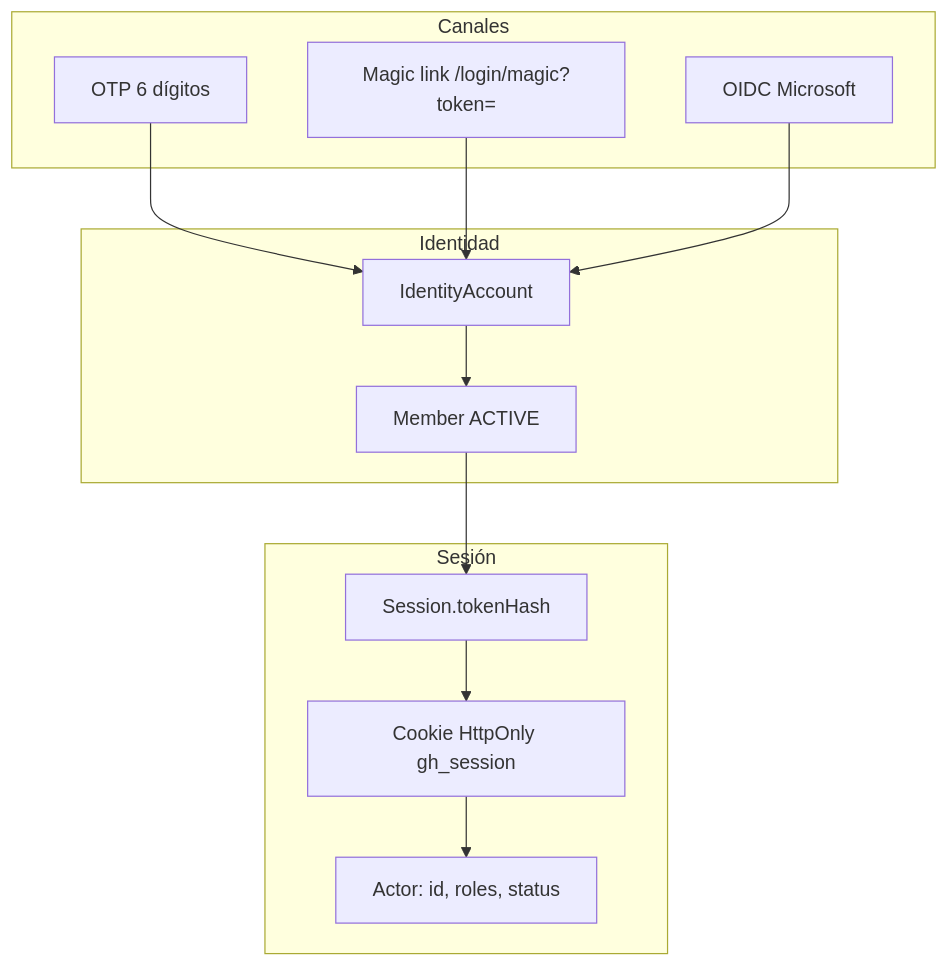
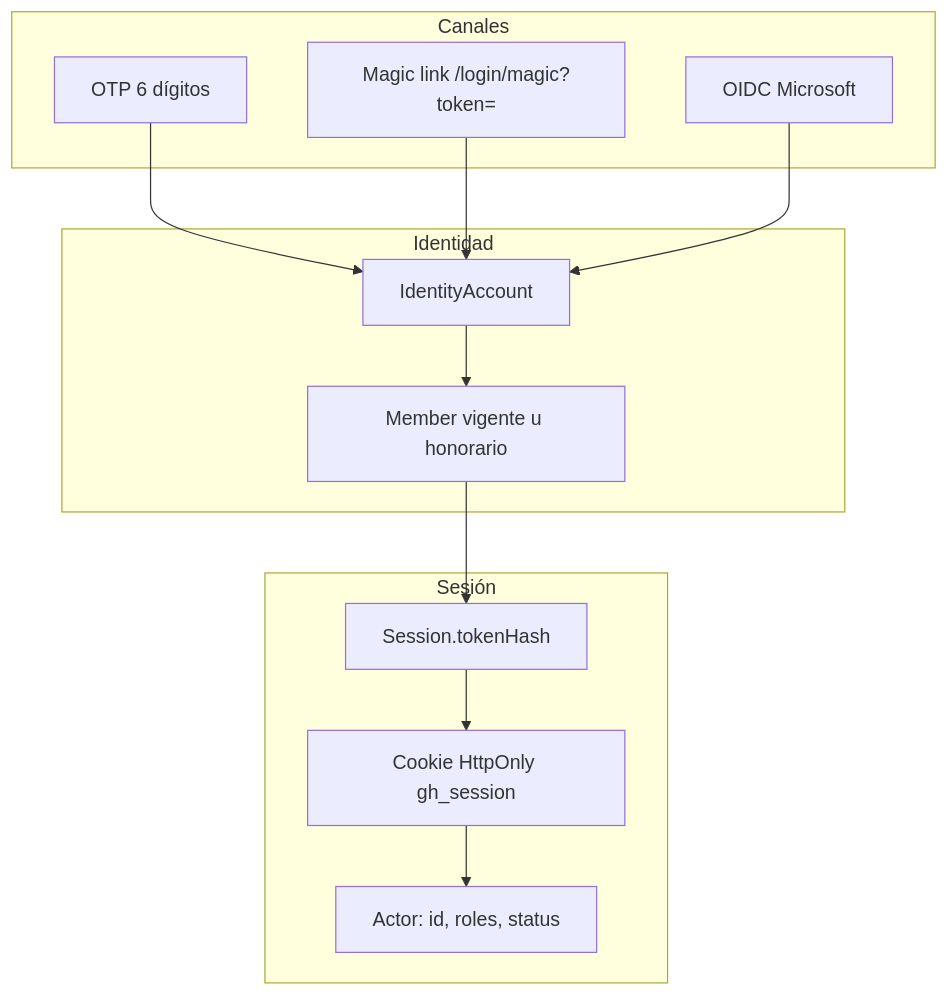
Before and after one commit to magaviriaa/GHPOINTS: the first of 2 diagrams in docs/es/autenticacion-y-autorizacion.md, drawn with Mermaid. The commit also changed other lines of this file and 74 other files, not shown here.

````diff
--- a/docs/es/autenticacion-y-autorizacion.md
+++ b/docs/es/autenticacion-y-autorizacion.md
@@ -9,25 +9,25 @@
 ```mermaid
 flowchart TB
   subgraph canales [Canales]
     OTP["OTP 6 dígitos"]
     Magic["Magic link /login/magic?token="]
     Entra["OIDC Microsoft"]
   end
   subgraph id [Identidad]
     IA["IdentityAccount"]
-    M["Member ACTIVE"]
+    M["Member vigente u honorario"]
   end
   subgraph sess [Sesión]
     Cookie["Cookie HttpOnly gh_session"]
     Row["Session.tokenHash"]
     Actor["Actor: id, roles, status"]
   end
 
   OTP --> IA
   Magic --> IA
   Entra --> IA
   IA --> M
   M --> Row
   Row --> Cookie
   Cookie --> Actor
 ```
````
